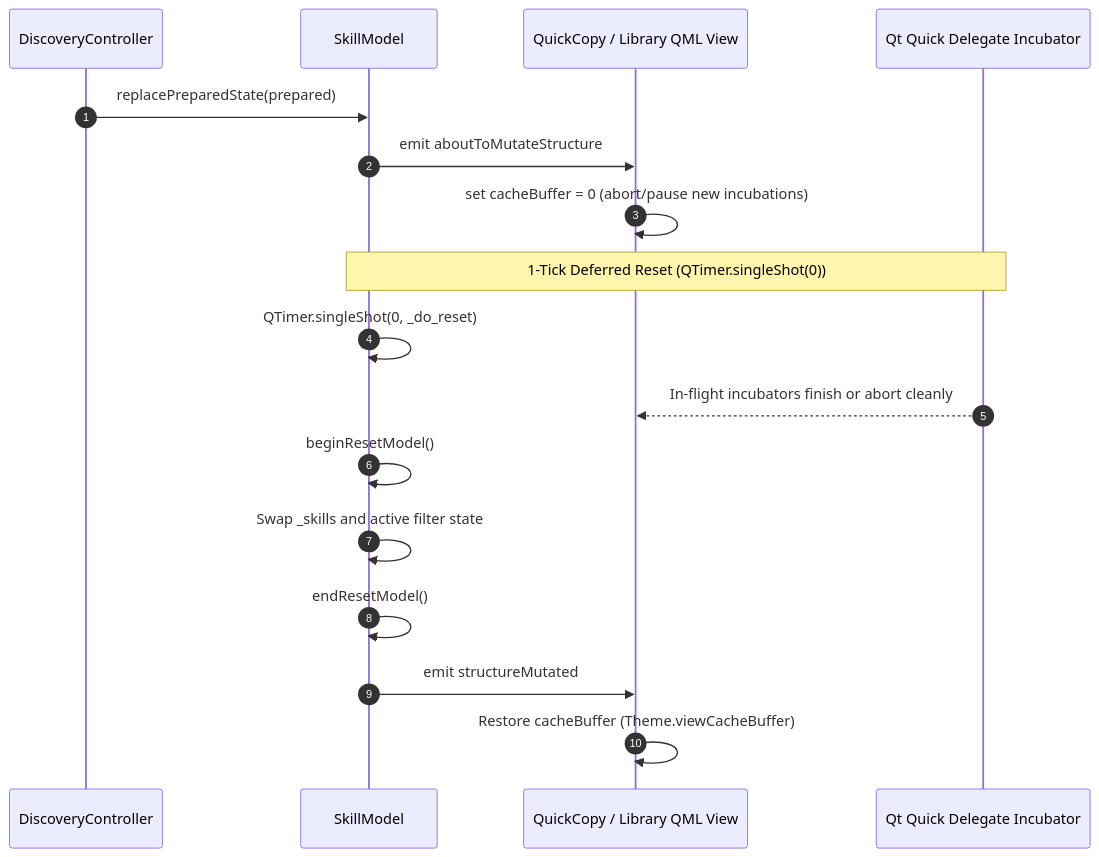
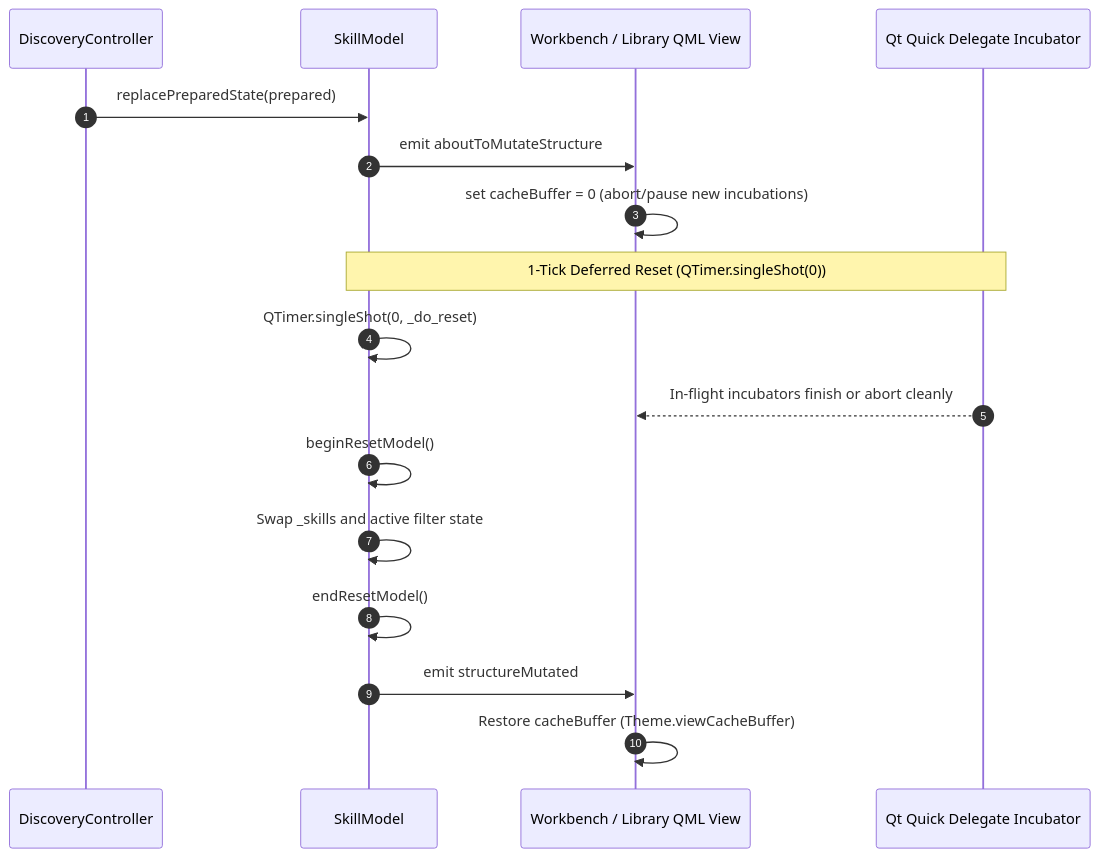
One commit to dishanagalawatta/SkillManager changed diagram 15 of 16 in docs/ARCHITECTURE.md. Above: the diagram before and after it, drawn with Mermaid. The commit also changed other lines of this file and 70 other files, not shown here.

````diff
--- a/docs/ARCHITECTURE.md
+++ b/docs/ARCHITECTURE.md
@@ -749,23 +817,23 @@
 ```mermaid
 sequenceDiagram
     autonumber
     participant DC as DiscoveryController
     participant Model as SkillModel
-    participant QML as QuickCopy / Library QML View
+    participant QML as Workbench / Library QML View
     participant QtEngine as Qt Quick Delegate Incubator
 
     DC->>Model: replacePreparedState(prepared)
     Model->>QML: emit aboutToMutateStructure
     QML->>QML: set cacheBuffer = 0 (abort/pause new incubations)
     
     Note over Model,QtEngine: 1-Tick Deferred Reset (QTimer.singleShot(0))
     Model->>Model: QTimer.singleShot(0, _do_reset)
     QtEngine-->>QML: In-flight incubators finish or abort cleanly
     
     Model->>Model: beginResetModel()
     Model->>Model: Swap _skills and active filter state
     Model->>Model: endResetModel()
     
     Model->>QML: emit structureMutated
     QML->>QML: Restore cacheBuffer (Theme.viewCacheBuffer)
 ```
````
